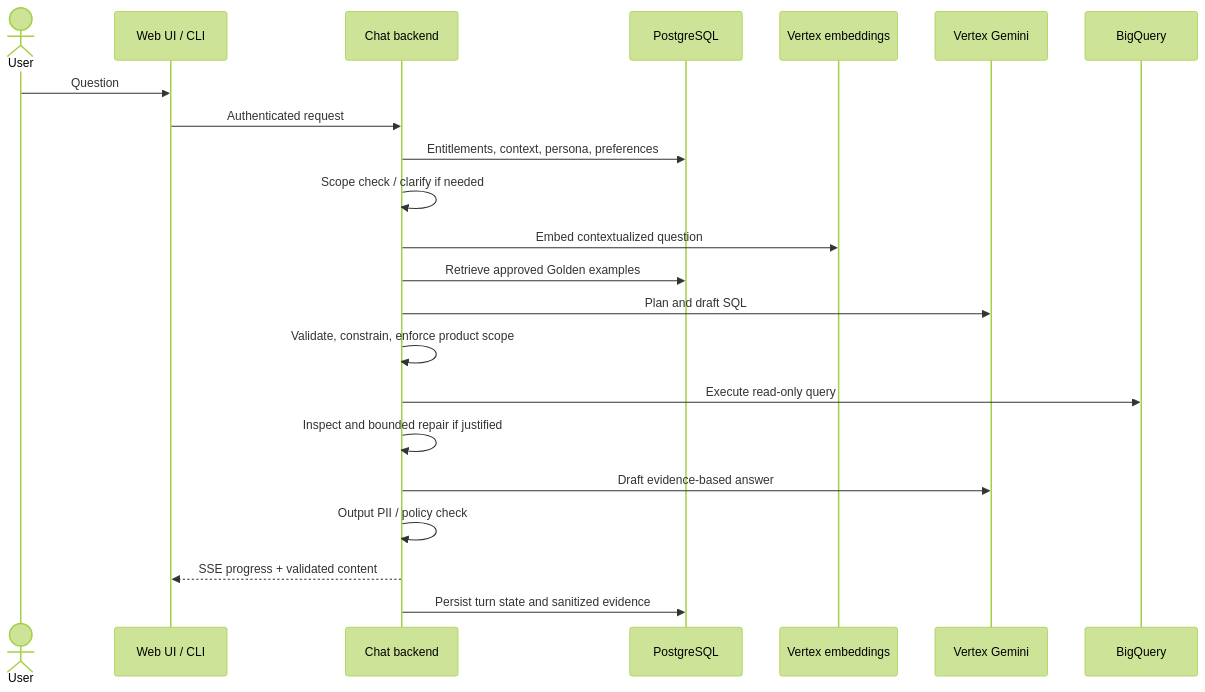
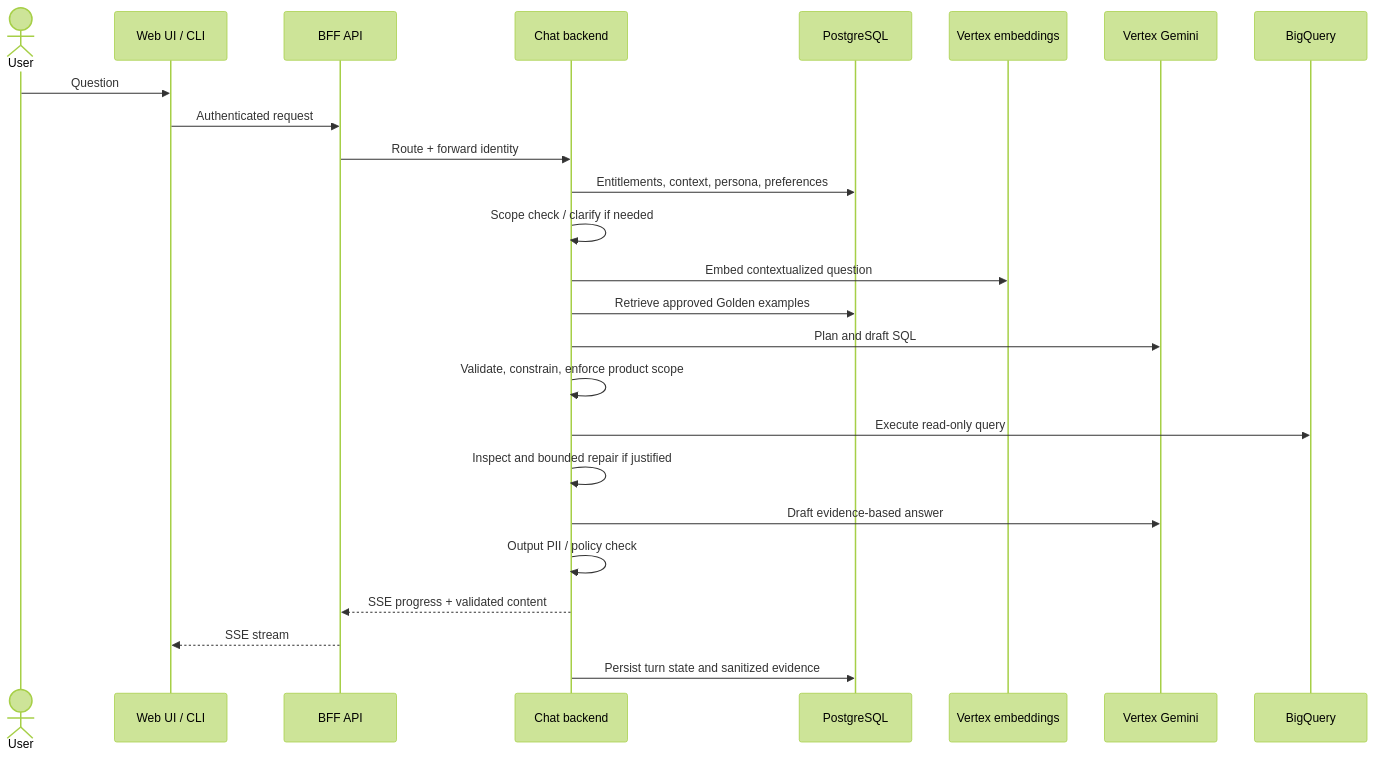
Before and after one commit to PiotrJachowicz/opsfleet-assessment: the first of 4 diagrams in docs/HLD.md, drawn with Mermaid (forest theme). The commit also changed other lines of this file, not shown here.

First line of the commit message:
docs: align HLD diagrams and resolve open design choices

````diff
--- a/docs/HLD.md
+++ b/docs/HLD.md
@@ -47,25 +47,28 @@
 ```mermaid
 sequenceDiagram
     actor User
     participant UI as Web UI / CLI
+    participant BFF as BFF API
     participant API as Chat backend
     participant PG as PostgreSQL
     participant Emb as Vertex embeddings
     participant LLM as Vertex Gemini
     participant BQ as BigQuery
 
     User->>UI: Question
-    UI->>API: Authenticated request
+    UI->>BFF: Authenticated request
+    BFF->>API: Route + forward identity
     API->>PG: Entitlements, context, persona, preferences
     API->>API: Scope check / clarify if needed
     API->>Emb: Embed contextualized question
     API->>PG: Retrieve approved Golden examples
     API->>LLM: Plan and draft SQL
     API->>API: Validate, constrain, enforce product scope
     API->>BQ: Execute read-only query
     API->>API: Inspect and bounded repair if justified
     API->>LLM: Draft evidence-based answer
     API->>API: Output PII / policy check
-    API-->>UI: SSE progress + validated content
+    API-->>BFF: SSE progress + validated content
+    BFF-->>UI: SSE stream
     API->>PG: Persist turn state and sanitized evidence
 ```
````
